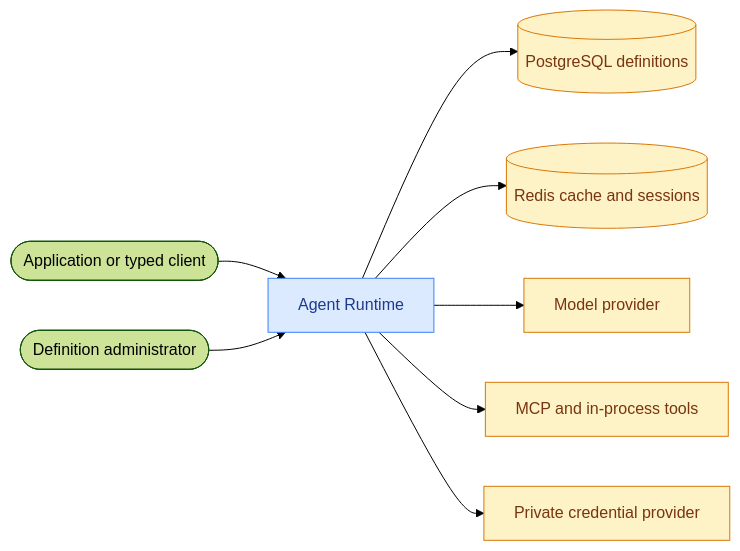
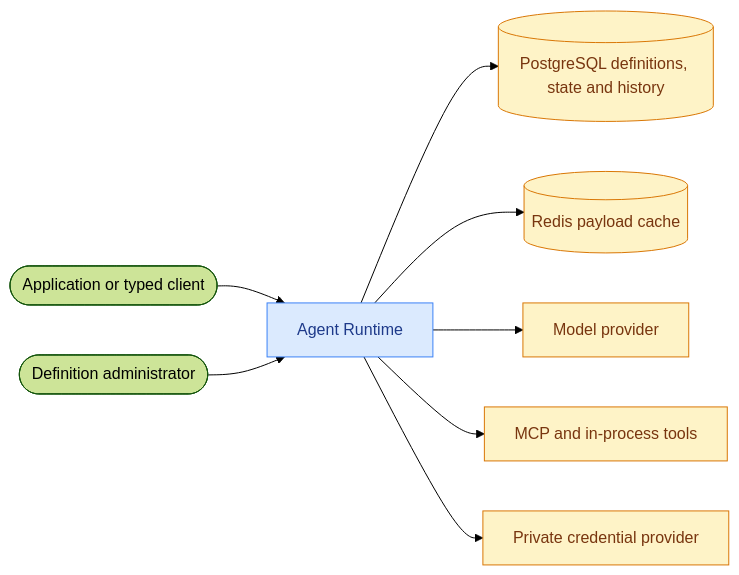
The diagram in README.md (f2calv/agentizr), drawn with Mermaid (forest theme) before and after one commit. The commit also changed other lines of this file and 60 other files, not shown here.

First line of the commit message:
feat(ha): persist sessions and run history across replicas

````diff
--- a/README.md
+++ b/README.md
@@ -145,12 +151,12 @@
 ```mermaid
 graph LR
     classDef owned fill:#dbeafe,stroke:#3b82f6,color:#1e3a8a
     classDef external fill:#fef3c7,stroke:#d97706,color:#78350f
     Client([Application or typed client]) --> Runtime[Agent Runtime]:::owned
     Admin([Definition administrator]) --> Runtime
-    Runtime --> Definitions[(PostgreSQL definitions)]:::external
-    Runtime --> State[(Redis cache and sessions)]:::external
+    Runtime --> Definitions[(PostgreSQL definitions, state and history)]:::external
+    Runtime --> State[(Redis payload cache)]:::external
     Runtime --> Model[Model provider]:::external
     Runtime --> Tools[MCP and in-process tools]:::external
     Runtime --> Credentials[Private credential provider]:::external
 ```
````
